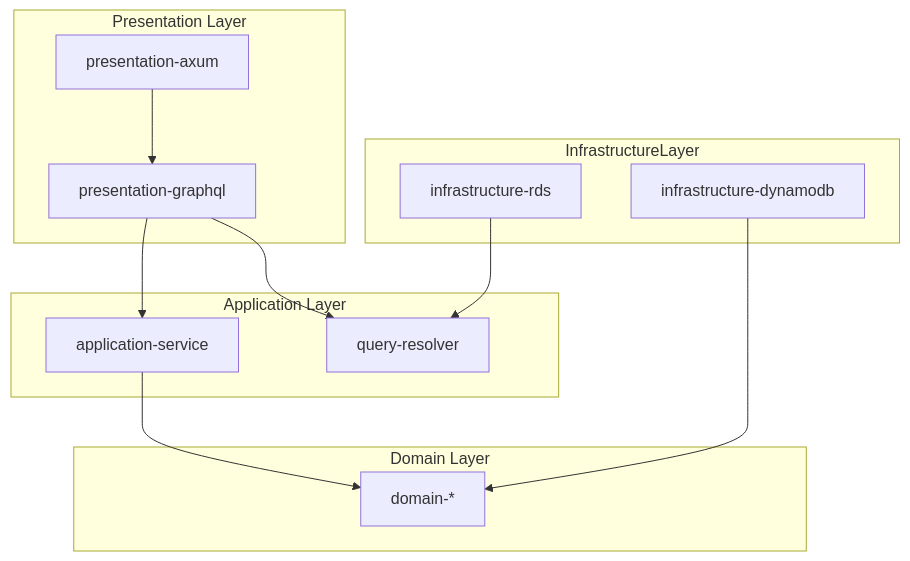
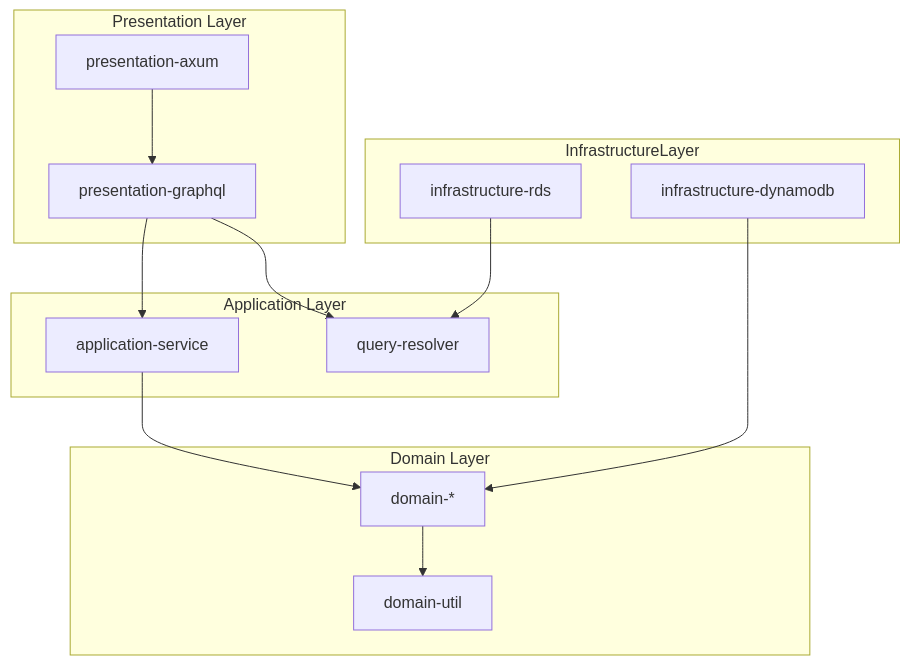
One commit to vraisamis/graphql-rust-sample changed the second of 2 diagrams in README.md. Above: the diagram before and after it, drawn with Mermaid. The commit also changed 15 other files, not shown here.

````diff
--- a/README.md
+++ b/README.md
@@ -59,23 +59,24 @@
 ```mermaid
 graph TD
 
 subgraph Domain Layer
-    A[domain-*]
+    A[domain-*] --> B
+    B[domain-util]
 end
 
 subgraph Application Layer
     C[application-service] --> A
     D[query-resolver]
 end
 
 subgraph InfrastructureLayer
     E[infrastructure-rds] --> D
     H[infrastructure-dynamodb] --> A
 end
 
 subgraph Presentation Layer
     F[presentation-graphql] --> C
     F --> D
     G[presentation-axum] --> F
 end
 ```
````
